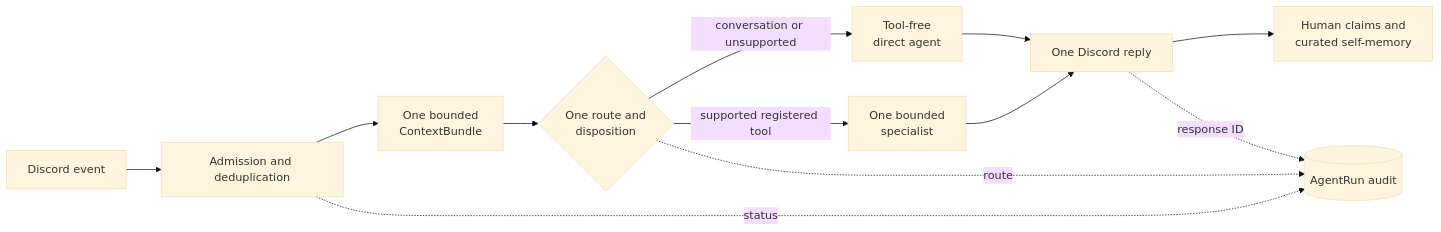
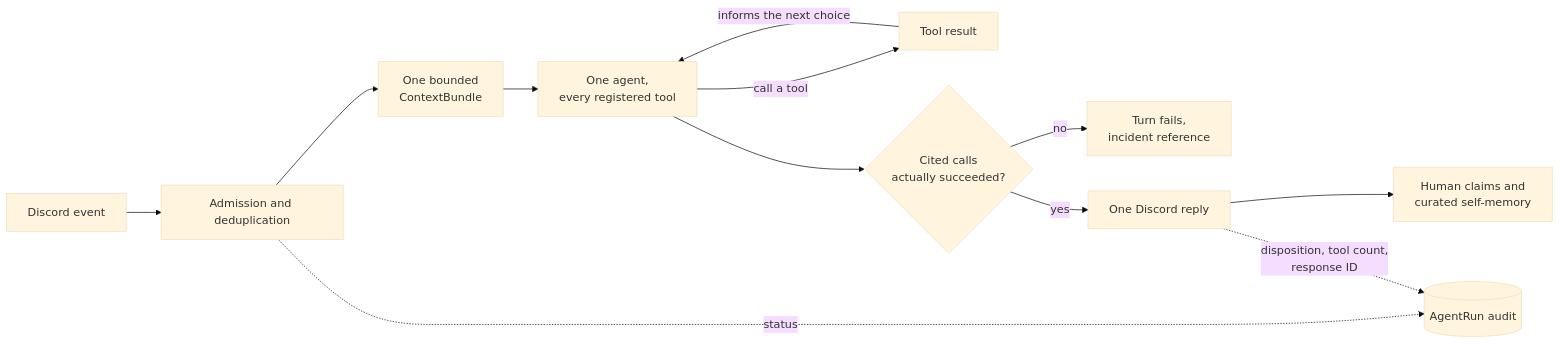
The diagram in packages/docs/wiki/src/content/docs/explanation/birmel.md (shepherdjerred/monorepo), drawn with Mermaid (base theme) before and after one commit. The commit also changed other lines of this file and 39 other files, not shown here.

````diff
--- a/packages/docs/wiki/src/content/docs/explanation/birmel.md
+++ b/packages/docs/wiki/src/content/docs/explanation/birmel.md
@@ -17,17 +17,17 @@
 ```mermaid
 flowchart LR
   accTitle: Birmel turn lifecycle
-  accDescr: An admitted and deduplicated Discord event receives one bounded context bundle, takes exactly one capability-grounded route to either direct conversation or one specialist, produces one Discord reply, and then extracts human claims and curated self-memory. An AgentRun record audits the lifecycle without storing prompt contents.
+  accDescr: An admitted and deduplicated Discord event receives one bounded context bundle and is handed to a single agent holding every registered tool. The agent loops over tool calls, letting each result inform the next choice, then emits a structured answer whose cited tool calls are checked against calls that actually succeeded. That produces one Discord reply, and then human claims and curated self-memory are extracted. An AgentRun record audits the lifecycle without storing prompt contents.
 
   D[Discord event] --> A[Admission and deduplication]
   A --> C[One bounded<br/>ContextBundle]
-  C --> R{One route and<br/>disposition}
-  R -->|conversation or unsupported| X[Tool-free<br/>direct agent]
-  R -->|supported registered tool| S[One bounded<br/>specialist]
-  X --> O[One Discord reply]
-  S --> O
+  C --> G[One agent,<br/>every registered tool]
+  G -->|call a tool| T[Tool result]
+  T -->|informs the next choice| G
+  G --> V{Cited calls<br/>actually succeeded?}
+  V -->|no| F[Turn fails,<br/>incident reference]
+  V -->|yes| O[One Discord reply]
   O --> M[Human claims and<br/>curated self-memory]
   A -. status .-> U[(AgentRun audit)]
-  R -. route .-> U
-  O -. response ID .-> U
+  O -. disposition, tool count,<br/>response ID .-> U
 ```
````
